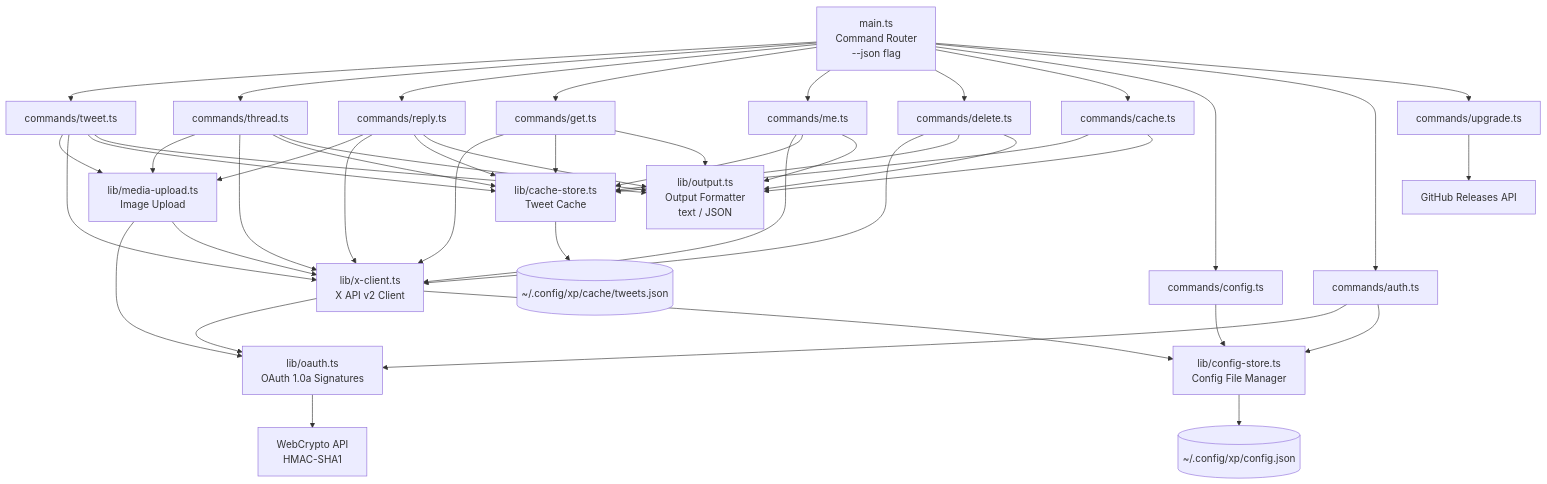
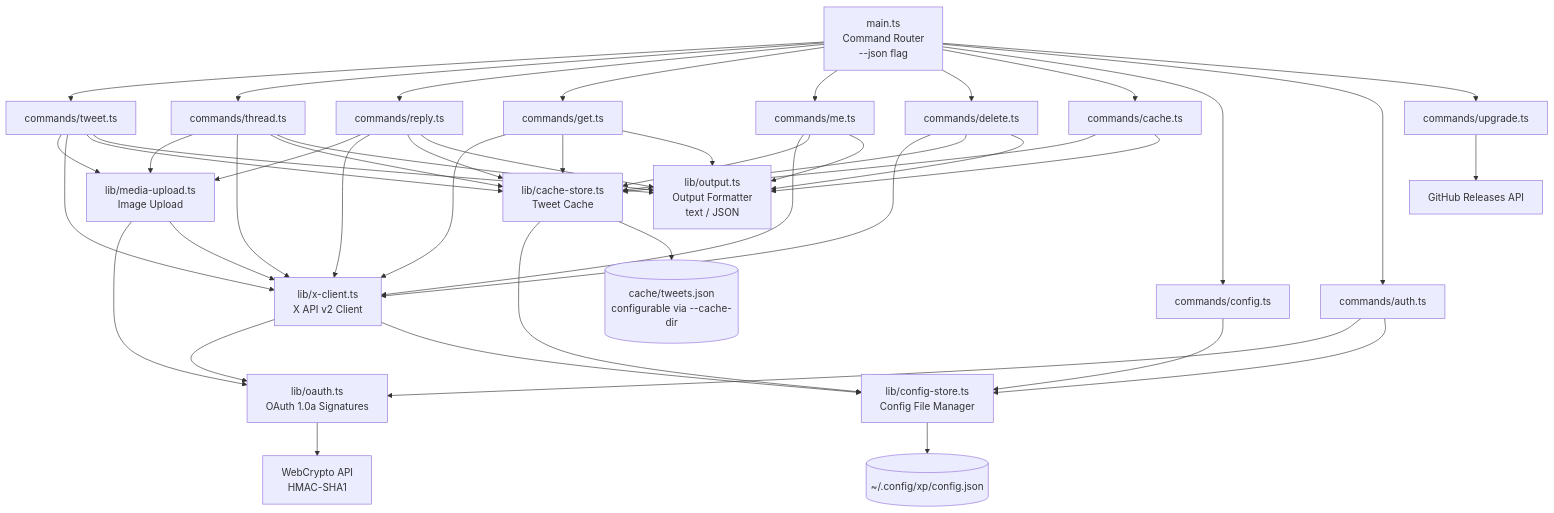
Before and after one commit to tawachan/xp: the fourth of 4 diagrams in README.md, drawn with Mermaid. The commit also changed other lines of this file, not shown here.

Commit message:
Update architecture diagram and technical details for configurable cache (#38)
- Add cache-store → config-store dependency in mermaid diagram
- Update cache path label to reflect --cache-dir configurability
- Add cache entry to Technical Details section

````diff
--- a/README.md
+++ b/README.md
@@ -314,54 +314,56 @@
 ```mermaid
 graph TD
     A[main.ts<br/>Command Router<br/>--json flag] --> B[commands/tweet.ts]
     A --> C[commands/thread.ts]
     A --> R[commands/reply.ts]
     A --> GT[commands/get.ts]
     A --> M[commands/me.ts]
     A --> D[commands/delete.ts]
     A --> CA[commands/cache.ts]
     A --> E[commands/config.ts]
     A --> F[commands/auth.ts]
     A --> U[commands/upgrade.ts]
 
     B --> MU[lib/media-upload.ts<br/>Image Upload]
     C --> MU
     R --> MU
 
     B --> G[lib/x-client.ts<br/>X API v2 Client]
     C --> G
     R --> G
     GT --> G
     M --> G
     D --> G
     F --> H[lib/oauth.ts<br/>OAuth 1.0a Signatures]
 
     MU --> H
     MU --> G
 
     G --> H
     G --> I[lib/config-store.ts<br/>Config File Manager]
     F --> I
     E --> I
 
     GT --> CS[lib/cache-store.ts<br/>Tweet Cache]
     M --> CS
     B --> CS
     C --> CS
     R --> CS
     D --> CS
     CA --> CS
 
+    CS --> I
+
     B --> J[lib/output.ts<br/>Output Formatter<br/>text / JSON]
     C --> J
     R --> J
     GT --> J
     M --> J
     D --> J
     CA --> J
 
     I --> K[(~/.config/xp/config.json)]
-    CS --> KCS[(~/.config/xp/cache/tweets.json)]
+    CS --> KCS[(cache/tweets.json<br/>configurable via --cache-dir)]
     H --> L[WebCrypto API<br/>HMAC-SHA1]
     U --> GH[GitHub Releases API]
 ```
````
